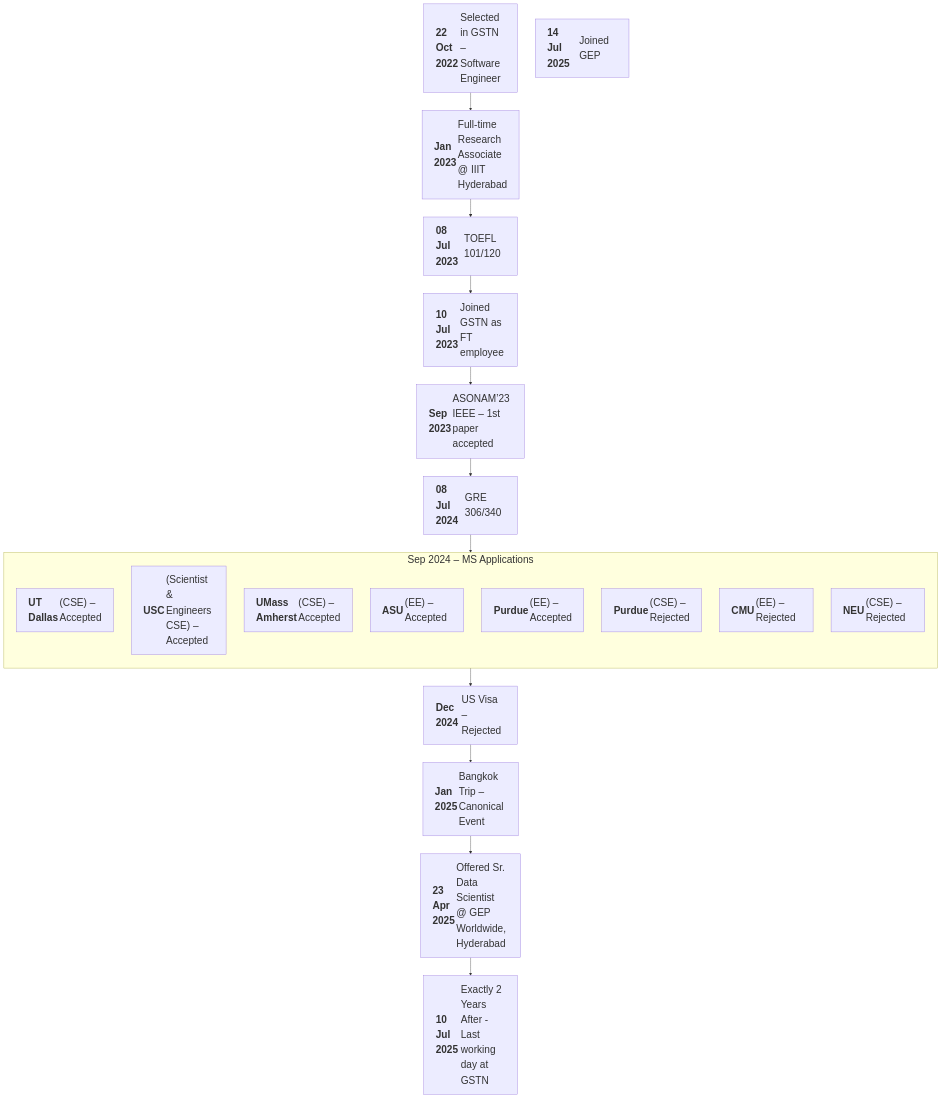
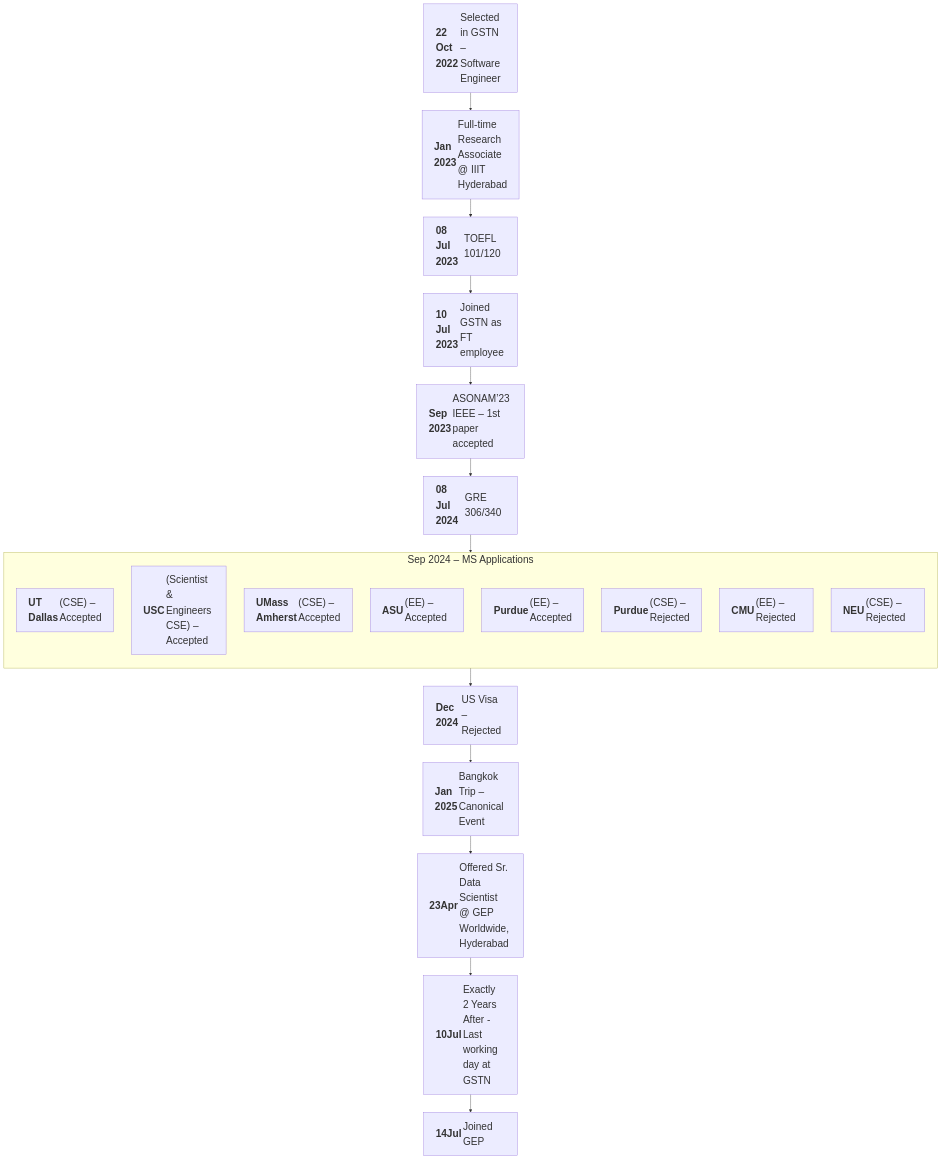
The diagram in README.md (AryamannTomar/AryamannTomar), drawn with Mermaid before and after one commit.

````diff
--- a/README.md
+++ b/README.md
@@ -14,42 +14,42 @@
 ```mermaid
 %%{init: {
   "themeVariables": {
     "fontSize": "28px",
     "nodePadding": "20px",
     "edgeLabelFontSize": "30px"
   },
   "themeConfig": {
     "nodeTextMargin": 5,
     "padding": 15
   }
 }}%%
 flowchart TD
   A1["<table><tr><td align='left'><b>22 Oct 2022</b></td><td align='left'>Selected in GSTN – Software Engineer</td></tr></table>"]
   A2["<table><tr><td align='left'><b>Jan 2023</b></td><td align='left'>Full-time Research Associate @ IIIT Hyderabad</td></tr></table>"]
   A3["<table><tr><td align='left'><b>08 Jul 2023</b></td><td align='left'>TOEFL 101/120</td></tr></table>"]
   A4["<table><tr><td align='left'><b>10 Jul 2023</b></td><td align='left'>Joined GSTN as FT employee</td></tr></table>"]
   A5["<table><tr><td align='left'><b>Sep 2023</b></td><td align='left'>ASONAM’23 IEEE – 1st paper accepted</td></tr></table>"]
   
   A6["<table><tr><td align='left'><b>08 Jul 2024</b></td><td align='left'>GRE 306/340</td></tr></table>"]
   subgraph MS_Apps [Sep 2024 – MS Applications]
     direction TB
     A7["<table><tr><td align='left'><b>UT Dallas</b></td><td align='left'>(CSE) – Accepted</td></tr></table>"]
     A8["<table><tr><td align='left'><b>USC</b></td><td align='left'>(Scientist & Engineers CSE) – Accepted</td></tr></table>"]
     A9["<table><tr><td align='left'><b>UMass Amherst</b></td><td align='left'>(CSE) – Accepted</td></tr></table>"]
     A10["<table><tr><td align='left'><b>ASU</b></td><td align='left'>(EE) – Accepted</td></tr></table>"]
     A11["<table><tr><td align='left'><b>Purdue</b></td><td align='left'>(EE) – Accepted</td></tr></table>"]
     A12["<table><tr><td align='left'><b>Purdue</b></td><td align='left'>(CSE) – Rejected</td></tr></table>"]
     A13["<table><tr><td align='left'><b>CMU</b></td><td align='left'>(EE) – Rejected</td></tr></table>"]
     A14["<table><tr><td align='left'><b>NEU</b></td><td align='left'>(CSE) – Rejected</td></tr></table>"]
   end
 
   A15["<table><tr><td align='left'><b>Dec 2024</b></td><td align='left'>US Visa – Rejected</td></tr></table>"]
   A16["<table><tr><td align='left'><b>Jan 2025</b></td><td align='left'>Bangkok Trip – Canonical Event</td></tr></table>"]
-  A17["<table><tr><td align='left'><b>23 Apr 2025</b></td><td align='left'>Offered Sr. Data Scientist @ GEP Worldwide, Hyderabad</td></tr></table>"]
-  A18["<table><tr><td align='left'><b>10 Jul 2025</b></td><td align='left'>Exactly 2 Years After - Last working day at GSTN</td></tr></table>"]
-  A19["<table><tr><td align='left'><b>14 Jul 2025</b></td><td align='left'>Joined GEP</td></tr></table>"]
+  A17["<table><tr><td align='left'><b>23Apr</b></td><td align='left'>Offered Sr. Data Scientist @ GEP Worldwide, Hyderabad</td></tr></table>"]
+  A18["<table><tr><td align='left'><b>10Jul</b></td><td align='left'>Exactly 2 Years After - Last working day at GSTN</td></tr></table>"]
+  A19["<table><tr><td align='left'><b>14Jul</b></td><td align='left'>Joined GEP</td></tr></table>"]
 
 
   %% chain them all
-  A1 --> A2 --> A3 --> A4 --> A5 --> A6 --> MS_Apps --> A15 --> A16 --> A17 --> A18
+  A1 --> A2 --> A3 --> A4 --> A5 --> A6 --> MS_Apps --> A15 --> A16 --> A17 --> A18 --> A19
 ```
````
